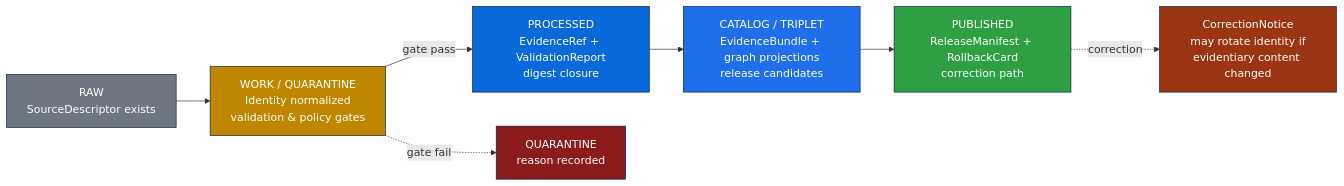
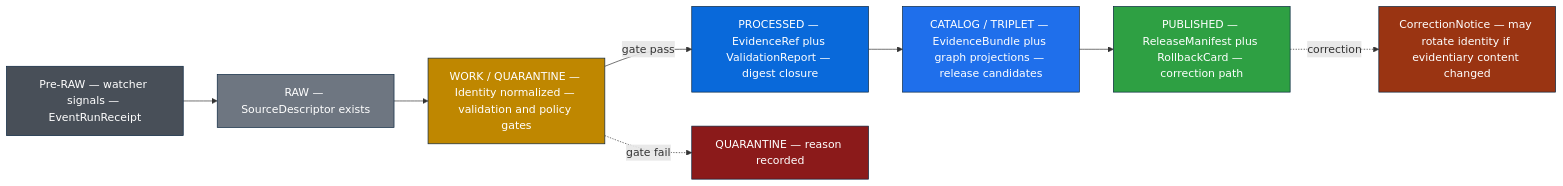
The second of 2 diagrams in docs/domains/hydrology/IDENTITY_MODEL.md (bartytime4life/Kansas-Frontier-Matrix), drawn with Mermaid before and after one commit. The commit also changed other lines of this file, not shown here.

````diff
--- a/docs/domains/hydrology/IDENTITY_MODEL.md
+++ b/docs/domains/hydrology/IDENTITY_MODEL.md
@@ -385,16 +412,18 @@
 ```mermaid
 flowchart LR
-    R[RAW<br/>SourceDescriptor exists] --> W[WORK / QUARANTINE<br/>Identity normalized<br/>validation & policy gates]
-    W -->|gate pass| P[PROCESSED<br/>EvidenceRef + ValidationReport<br/>digest closure]
-    W -.gate fail.-> Q[QUARANTINE<br/>reason recorded]
-    P --> C[CATALOG / TRIPLET<br/>EvidenceBundle + graph projections<br/>release candidates]
-    C --> PUB[PUBLISHED<br/>ReleaseManifest + RollbackCard<br/>correction path]
-    PUB -.correction.-> CN[CorrectionNotice<br/>may rotate identity if<br/>evidentiary content changed]
+    PRE[Pre-RAW — watcher signals — EventRunReceipt] --> R[RAW — SourceDescriptor exists]
+    R --> W[WORK / QUARANTINE — Identity normalized — validation and policy gates]
+    W -->|gate pass| P[PROCESSED — EvidenceRef plus ValidationReport — digest closure]
+    W -.gate fail.-> Q[QUARANTINE — reason recorded]
+    P --> C[CATALOG / TRIPLET — EvidenceBundle plus graph projections — release candidates]
+    C --> PUB[PUBLISHED — ReleaseManifest plus RollbackCard — correction path]
+    PUB -.correction.-> CN[CorrectionNotice — may rotate identity if evidentiary content changed]
+    style PRE fill:#484f58,stroke:#0a2540,color:#fff
     style R fill:#6e7681,stroke:#0a2540,color:#fff
     style W fill:#bf8700,stroke:#0a2540,color:#fff
     style Q fill:#8b1a1a,stroke:#0a2540,color:#fff
     style P fill:#0969da,stroke:#0a2540,color:#fff
     style C fill:#1f6feb,stroke:#0a2540,color:#fff
     style PUB fill:#2ea043,stroke:#0a2540,color:#fff
     style CN fill:#9a3412,stroke:#0a2540,color:#fff
 ```
````
